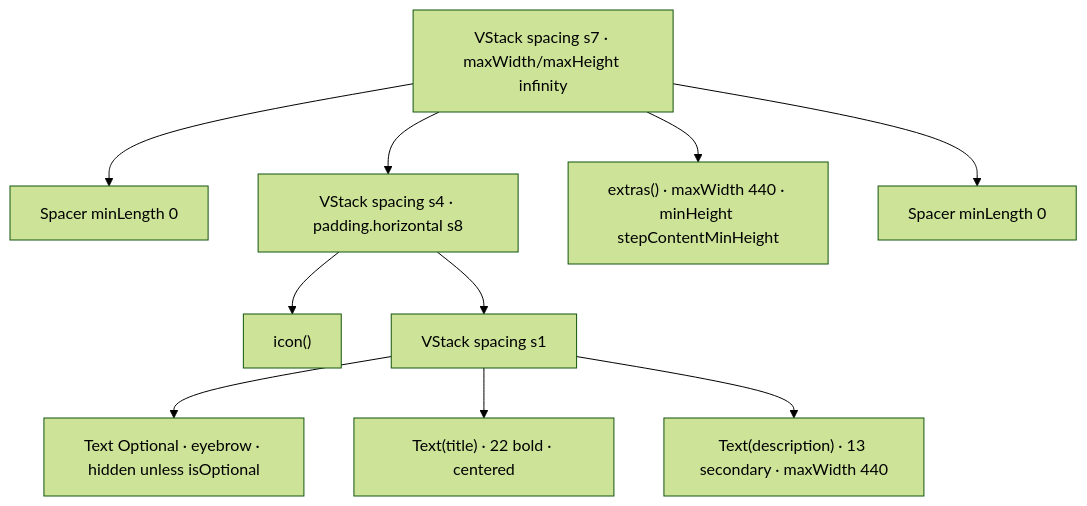
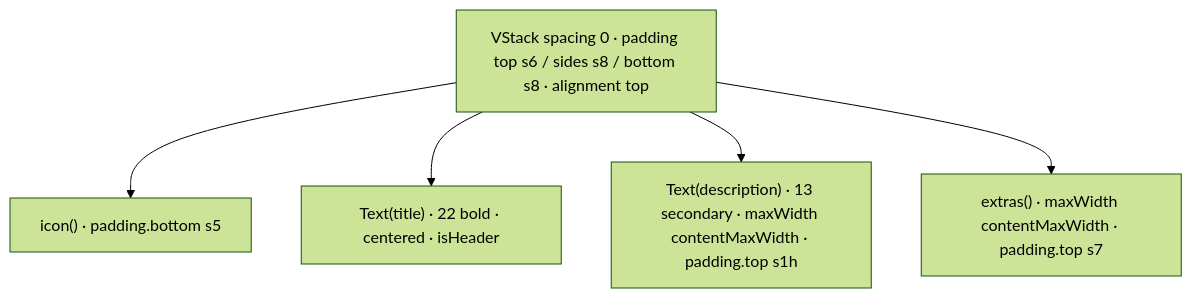
The diagram in design-system/components/onboarding-step-scaffold.md (MrDemonWolf/wolfwave), drawn with Mermaid (forest theme) before and after one commit. The commit also changed other lines of this file and 55 other files, not shown here.

````diff
--- a/design-system/components/onboarding-step-scaffold.md
+++ b/design-system/components/onboarding-step-scaffold.md
@@ -56,13 +54,8 @@
 ```mermaid
 graph TD
-  R[VStack spacing s7 · maxWidth/maxHeight infinity]
-  R --> S1[Spacer minLength 0]
-  R --> H[VStack spacing s4 · padding.horizontal s8]
-  R --> E["extras() · maxWidth 440 · minHeight stepContentMinHeight"]
-  R --> S2[Spacer minLength 0]
-  H --> I["icon()"]
-  H --> T[VStack spacing s1]
-  T --> TO["Text Optional · eyebrow · hidden unless isOptional"]
-  T --> TT["Text(title) · 22 bold · centered"]
-  T --> TD["Text(description) · 13 secondary · maxWidth 440"]
+  R["VStack spacing 0 · padding top s6 / sides s8 / bottom s8 · alignment top"]
+  R --> I["icon() · padding.bottom s5"]
+  R --> T["Text(title) · 22 bold · centered · isHeader"]
+  R --> D["Text(description) · 13 secondary · maxWidth contentMaxWidth · padding.top s1h"]
+  R --> E["extras() · maxWidth contentMaxWidth · padding.top s7"]
 ```
````
